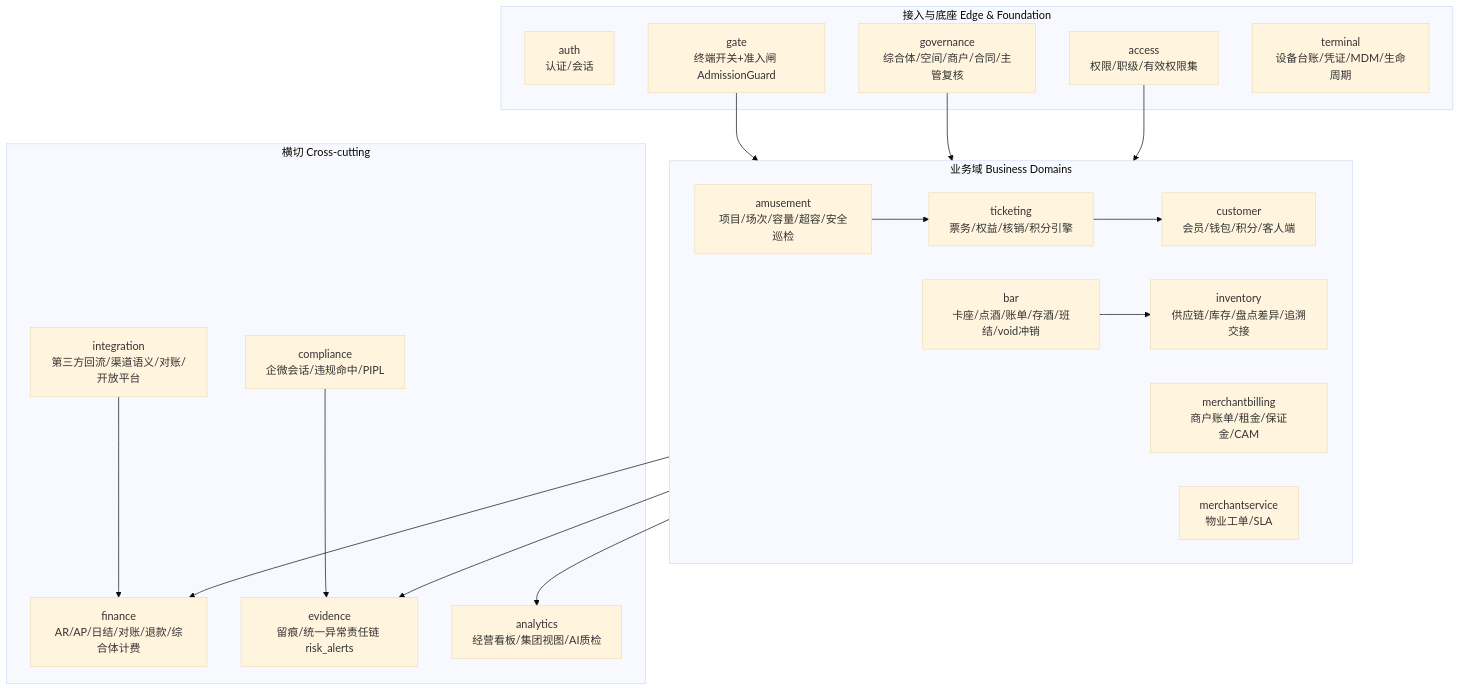
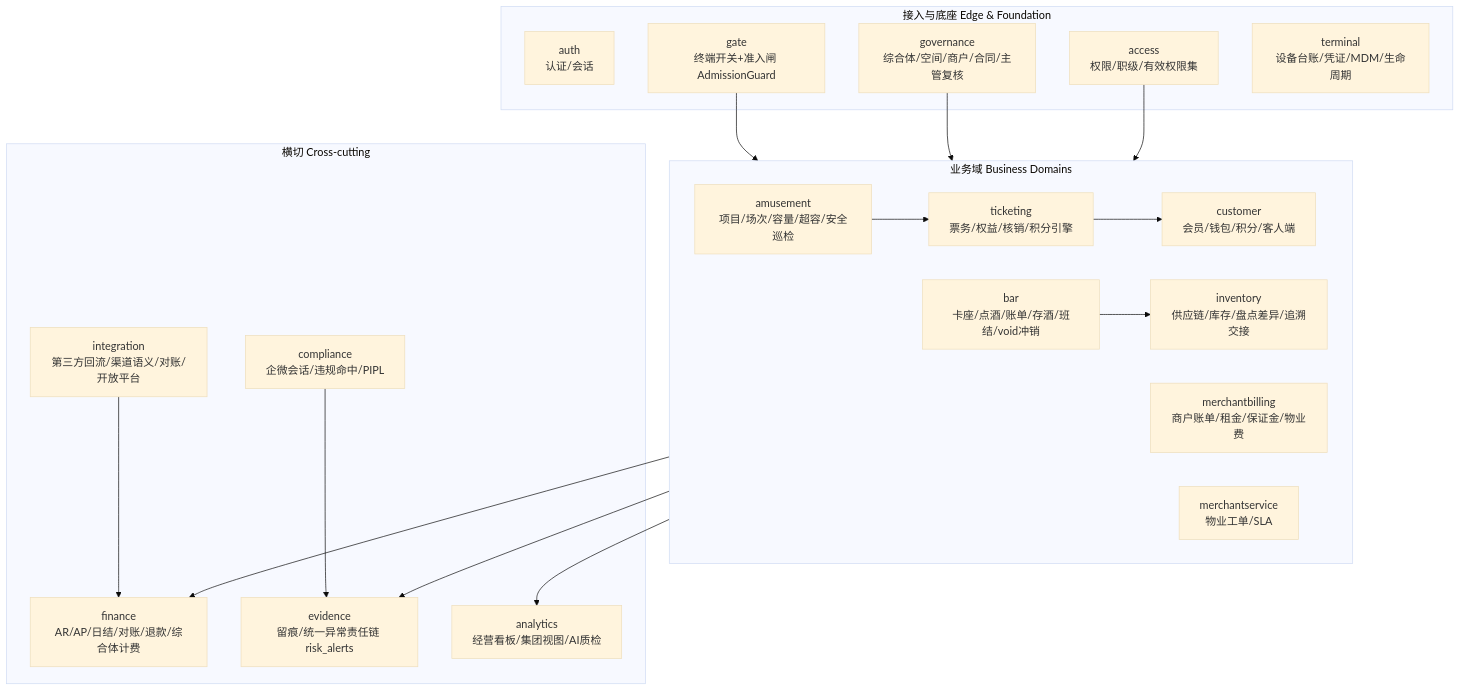
Before and after one commit to jxh1979/mall: the second of 5 diagrams in docs/architecture-overview-v0.1.md, drawn with Mermaid (base theme). The commit also changed 3 other files, not shown here.

````diff
--- a/docs/architecture-overview-v0.1.md
+++ b/docs/architecture-overview-v0.1.md
@@ -53,40 +53,40 @@
 ```mermaid
 graph TB
   subgraph Edge["接入与底座 Edge & Foundation"]
     AUTH["auth<br/>认证/会话"]
     GATE["gate<br/>终端开关+准入闸 AdmissionGuard"]
     ACCESS["access<br/>权限/职级/有效权限集"]
     GOV["governance<br/>综合体/空间/商户/合同/主管复核"]
     TERM["terminal<br/>设备台账/凭证/MDM/生命周期"]
   end
 
   subgraph Biz["业务域 Business Domains"]
     TKT["ticketing<br/>票务/权益/核销/积分引擎"]
     BAR["bar<br/>卡座/点酒/账单/存酒/班结/void冲销"]
     INV["inventory<br/>供应链/库存/盘点差异/追溯交接"]
     AMU["amusement<br/>项目/场次/容量/超容/安全巡检"]
     CUS["customer<br/>会员/钱包/积分/客人端"]
-    MB["merchantbilling<br/>商户账单/租金/保证金/CAM"]
+    MB["merchantbilling<br/>商户账单/租金/保证金/物业费"]
     MS["merchantservice<br/>物业工单/SLA"]
   end
 
   subgraph Cross["横切 Cross-cutting"]
     FIN["finance<br/>AR/AP/日结/对账/退款/综合体计费"]
     EVID["evidence<br/>留痕/统一异常责任链 risk_alerts"]
     INTEG["integration<br/>第三方回流/渠道语义/对账/开放平台"]
     COMP["compliance<br/>企微会话/违规命中/PIPL"]
     ANA["analytics<br/>经营看板/集团视图/AI质检"]
   end
 
   GATE --> Biz
   GOV --> Biz
   ACCESS --> Biz
   Biz --> FIN
   Biz --> EVID
   Biz --> ANA
   INTEG --> FIN
   COMP --> EVID
   TKT --> CUS
   BAR --> INV
   AMU --> TKT
 ```
````
